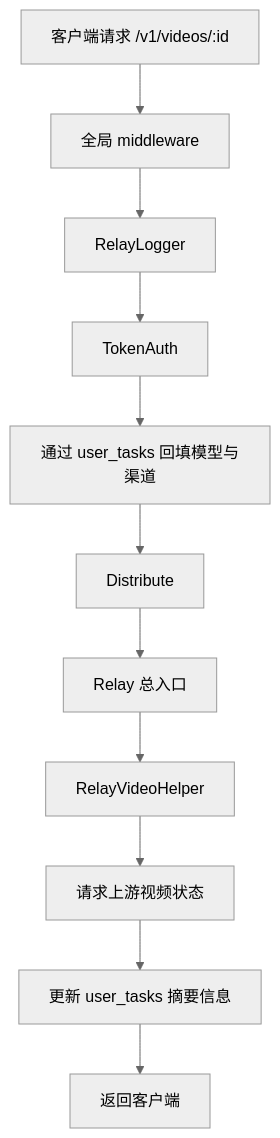
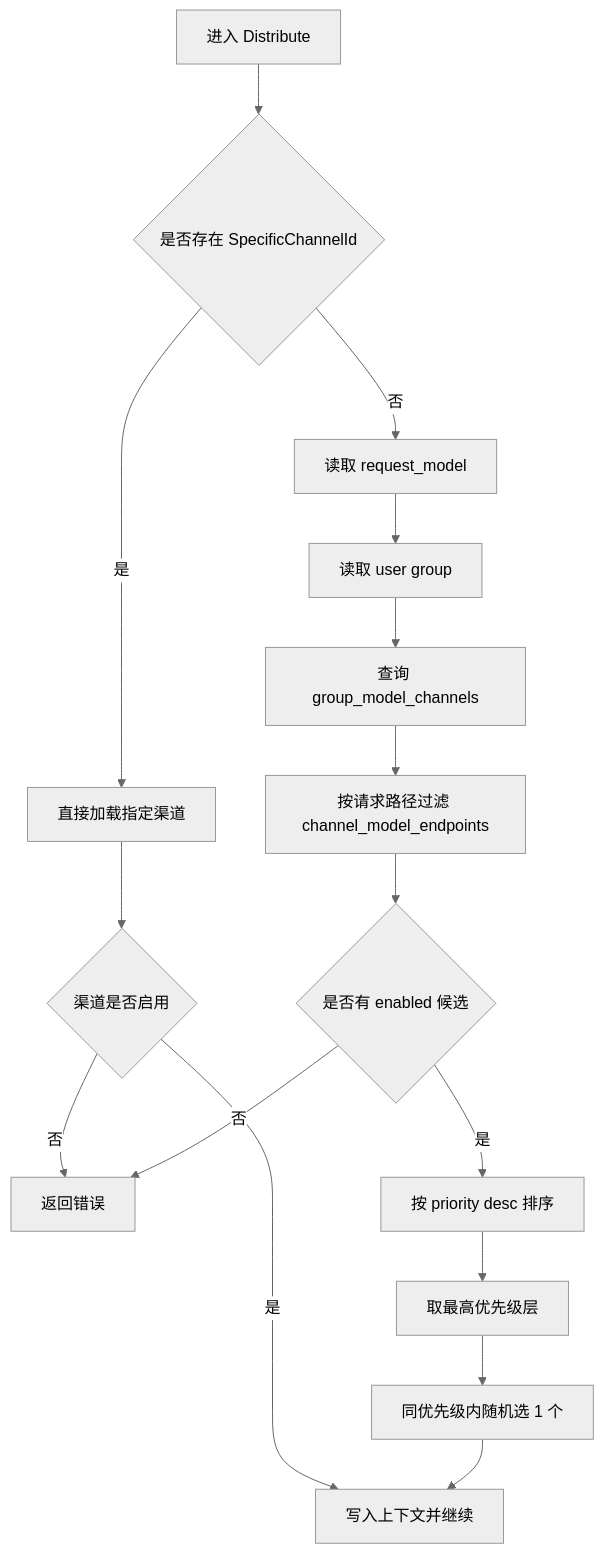
Before and after one commit to kobofare/router: the fourth of 6 diagrams in docs/路由逻辑.md, drawn with Mermaid (neutral theme). The commit also changed other lines of this file and 17 other files, not shown here.

````diff
--- a/docs/路由逻辑.md
+++ b/docs/路由逻辑.md
@@ -538,13 +241,19 @@
 ```mermaid
 flowchart TD
-A[客户端请求 /v1/videos/:id] --> B[全局 middleware]
-B --> C[RelayLogger]
-C --> D[TokenAuth]
-D --> E[通过 user_tasks 回填模型与渠道]
-E --> F[Distribute]
-F --> G[Relay 总入口]
-G --> H[RelayVideoHelper]
-H --> I[请求上游视频状态]
-I --> J[更新 user_tasks 摘要信息]
-J --> K[返回客户端]
+    A[进入 Distribute] --> B{是否存在 SpecificChannelId}
+    B -- 是 --> C[直接加载指定渠道]
+    C --> D{渠道是否启用}
+    D -- 否 --> E[返回错误]
+    D -- 是 --> Z[写入上下文并继续]
+
+    B -- 否 --> F[读取 request_model]
+    F --> G[读取 user group]
+    G --> H[查询 group_model_channels]
+    H --> I[按请求路径过滤 channel_model_endpoints]
+    I --> J{是否有 enabled 候选}
+    J -- 否 --> E
+    J -- 是 --> K[按 priority desc 排序]
+    K --> L[取最高优先级层]
+    L --> M[同优先级内随机选 1 个]
+    M --> Z
 ```
````
